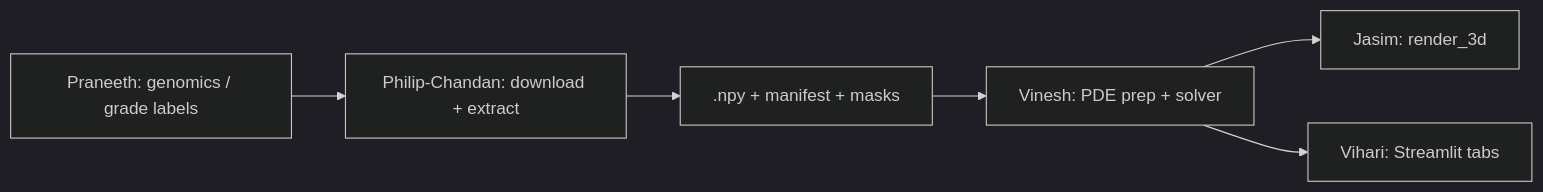
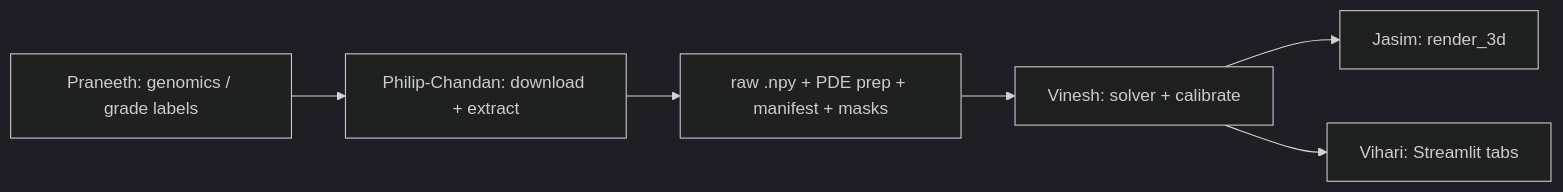
Before and after one commit to praneethmandalapu/QBIHack: the second of 2 diagrams in brain-cancer-sim/simulation-vinesh-philip-chandan/philip-chandan/PLAN.md, drawn with Mermaid (dark theme). The commit also changed other lines of this file and 68 other files, not shown here.

First line of the commit message:
Advance brain UCSF cohort export and assign PDE prep to Philip-Chandan.

````diff
--- a/brain-cancer-sim/simulation-vinesh-philip-chandan/philip-chandan/PLAN.md
+++ b/brain-cancer-sim/simulation-vinesh-philip-chandan/philip-chandan/PLAN.md
@@ -188,8 +248,8 @@
 ```mermaid
 flowchart LR
     P[Praneeth: genomics / grade labels] --> PC[Philip-Chandan: download + extract]
-    PC --> NPY[.npy + manifest + masks]
-    NPY --> V[Vinesh: PDE prep + solver]
+    PC --> NPY[raw .npy + PDE prep + manifest + masks]
+    NPY --> V[Vinesh: solver + calibrate]
     V --> J[Jasim: render_3d]
     V --> UI[Vihari: Streamlit tabs]
 ```
````
